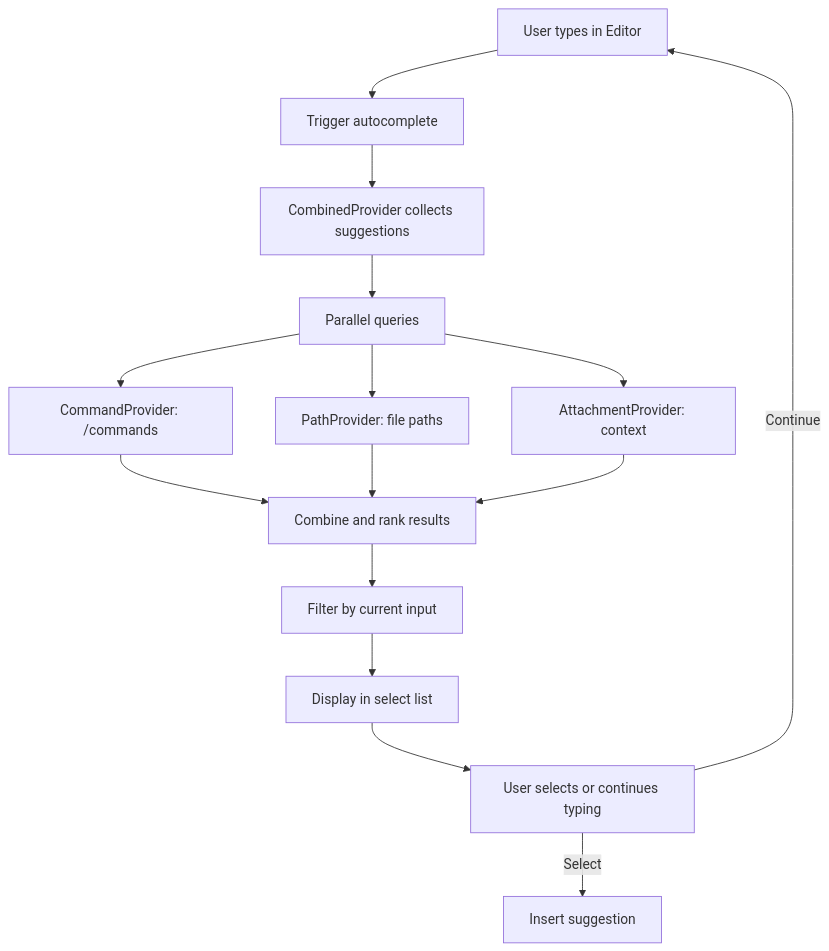
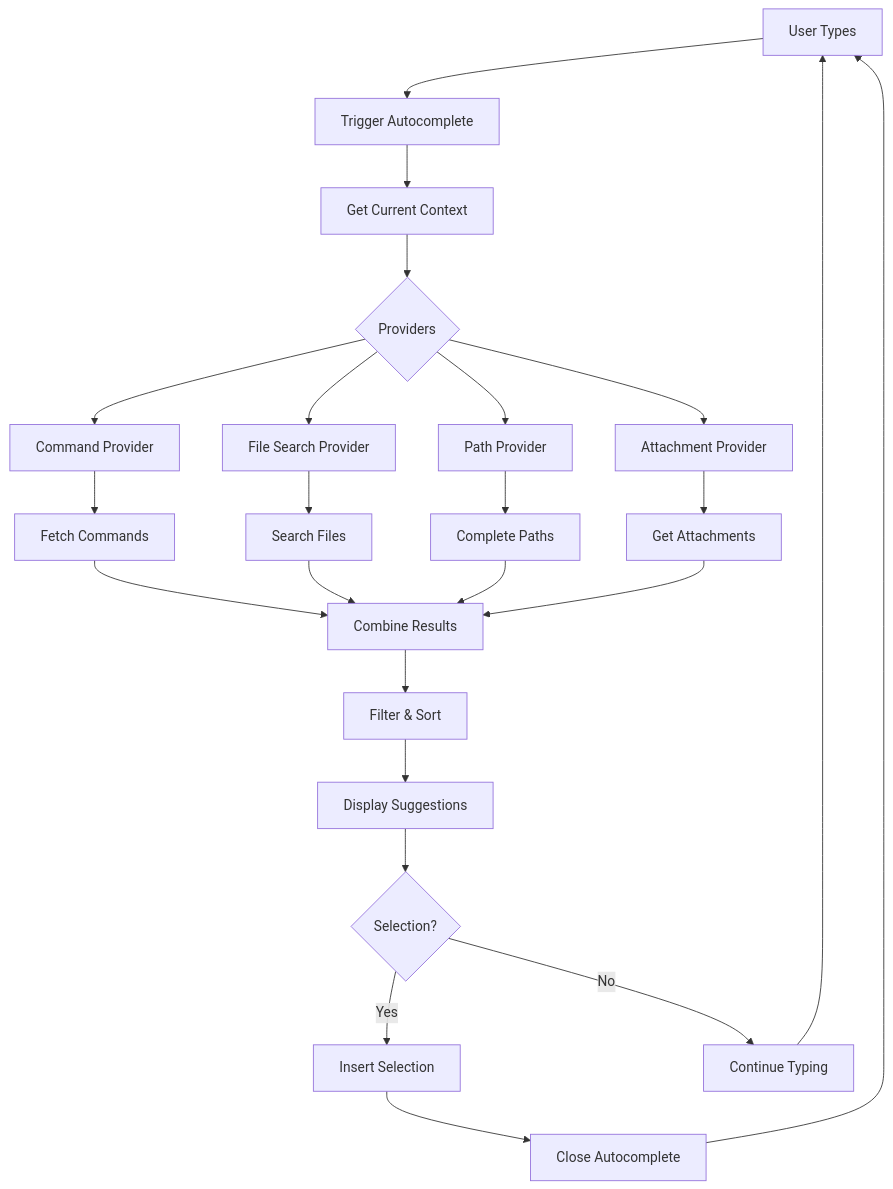
Before and after one commit to travisennis/acai-ts: the tenth of 10 diagrams in ARCHITECTURE.md, drawn with Mermaid. The commit also changed other lines of this file and 11 other files, not shown here.

````diff
--- a/ARCHITECTURE.md
+++ b/ARCHITECTURE.md
@@ -754,17 +790,31 @@
 ```mermaid
-graph TD
-  A[User types in Editor] --> B[Trigger autocomplete]
-  B --> C[CombinedProvider collects suggestions]
-  C --> D[Parallel queries]
-  D --> E[CommandProvider: /commands]
-  D --> F[PathProvider: file paths]
-  D --> G[AttachmentProvider: context]
-  E --> H[Combine and rank results]
-  F --> H
-  G --> H
-  H --> I[Filter by current input]
-  I --> J[Display in select list]
-  J --> K[User selects or continues typing]
-  K -->|Select| L[Insert suggestion]
-  K -->|Continue| A
+flowchart TD
+    A[User Types] --> B[Trigger Autocomplete]
+    B --> C[Get Current Context]
+    C --> D{Providers}
+    
+    D --> E[Command Provider]
+    D --> F[File Search Provider]
+    D --> G[Path Provider]
+    D --> H[Attachment Provider]
+    
+    E --> I[Fetch Commands]
+    F --> J[Search Files]
+    G --> K[Complete Paths]
+    H --> L[Get Attachments]
+    
+    I --> M[Combine Results]
+    J --> M
+    K --> M
+    L --> M
+    
+    M --> N[Filter & Sort]
+    N --> O[Display Suggestions]
+    O --> P{Selection?}
+    P -->|Yes| Q[Insert Selection]
+    P -->|No| R[Continue Typing]
+    
+    Q --> S[Close Autocomplete]
+    R --> A
+    S --> A
 ```
````
